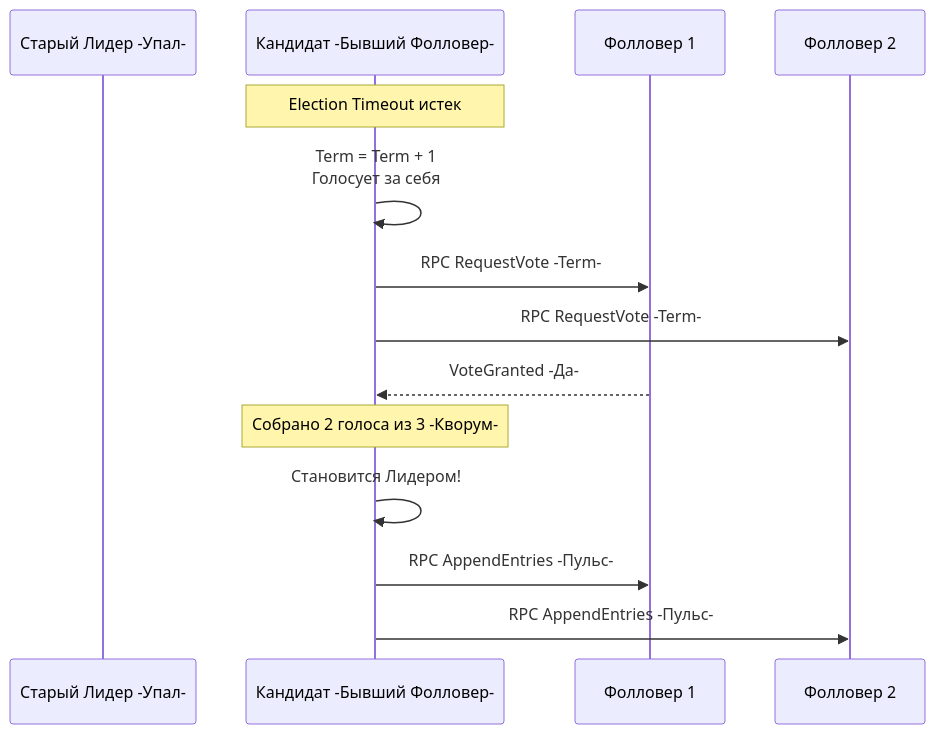
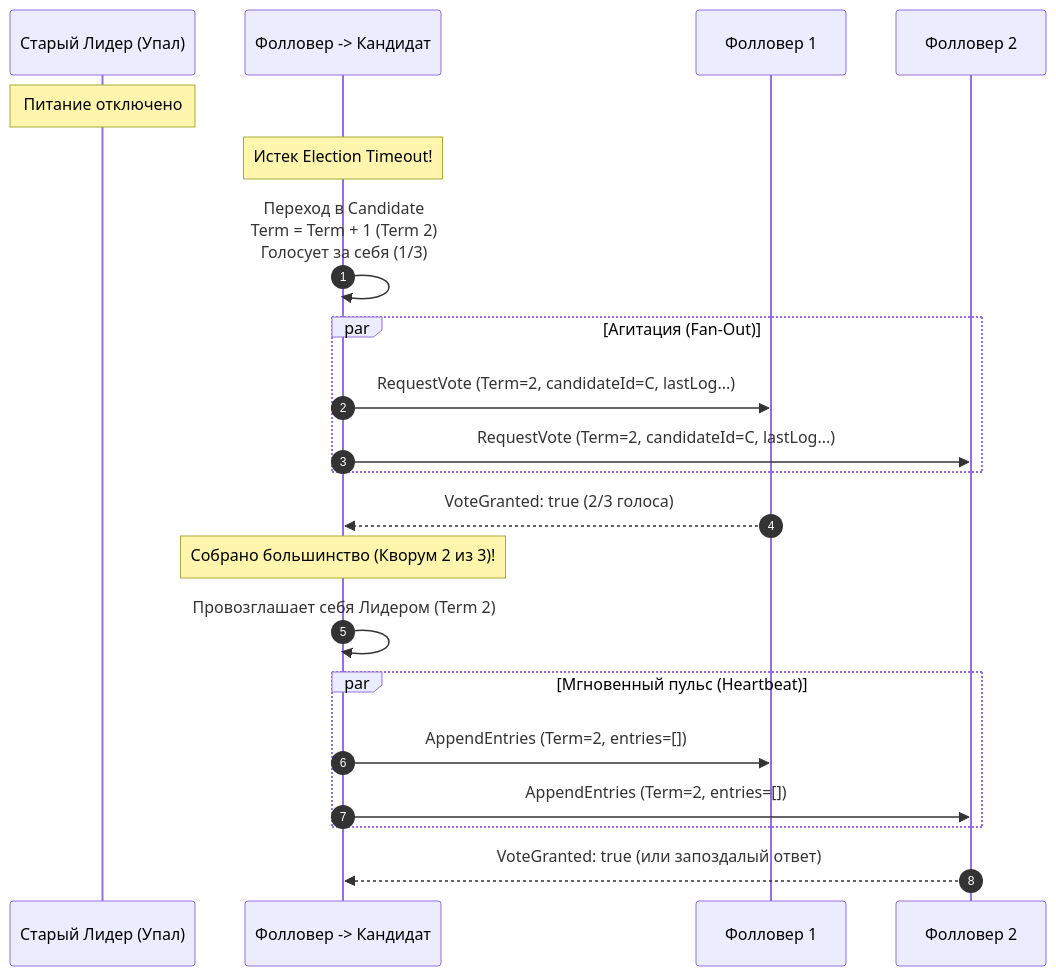
Before and after one commit to UnrealTemplier/go-textbook: the first of 3 diagrams in sources/14. Распределенные системы на Go/02. Консенсус/3. Raft. Leader election.md, drawn with Mermaid. The commit also changed other lines of this file, not shown here.

Commit message:
feat(module-14): editorial rewrite of lecture 3 (Raft. Leader election) in Subsection 2 in Kernighan style

````diff
--- a/sources/14. Распределенные системы на Go/02. Консенсус/3. Raft. Leader election.md
+++ b/sources/14. Распределенные системы на Go/02. Консенсус/3. Raft. Leader election.md
@@ -22,20 +19,27 @@
 ```mermaid
 sequenceDiagram
-    participant L as Старый Лидер -Упал-
-    participant C as Кандидат -Бывший Фолловер-
+    autonumber
+    participant OldLeader as Старый Лидер (Упал)
+    participant C as Фолловер -> Кандидат
     participant F1 as Фолловер 1
     participant F2 as Фолловер 2
 
-    Note over C: Election Timeout истек
-    C->>C: Term = Term + 1<br>Голосует за себя
+    Note over OldLeader: Питание отключено
+    Note over C: Истек Election Timeout!
+    C->>C: Переход в Candidate<br/>Term = Term + 1 (Term 2)<br/>Голосует за себя (1/3)
     
-    C->>F1: RPC RequestVote -Term-
-    C->>F2: RPC RequestVote -Term-
+    par Агитация (Fan-Out)
+        C->>F1: RequestVote (Term=2, candidateId=C, lastLog...)
+        C->>F2: RequestVote (Term=2, candidateId=C, lastLog...)
+    end
     
-    F1-->>C: VoteGranted -Да-
-    Note over C: Собрано 2 голоса из 3 -Кворум-
+    F1-->>C: VoteGranted: true (2/3 голоса)
+    Note over C: Собрано большинство (Кворум 2 из 3)!
     
-    C->>C: Становится Лидером!
-    C->>F1: RPC AppendEntries -Пульс-
-    C->>F2: RPC AppendEntries -Пульс-
+    C->>C: Провозглашает себя Лидером (Term 2)
+    par Мгновенный пульс (Heartbeat)
+        C->>F1: AppendEntries (Term=2, entries=[])
+        C->>F2: AppendEntries (Term=2, entries=[])
+    end
+    F2-->>C: VoteGranted: true (или запоздалый ответ)
 ```
````
